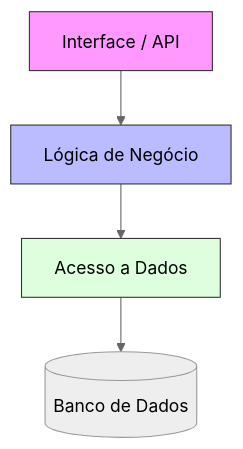
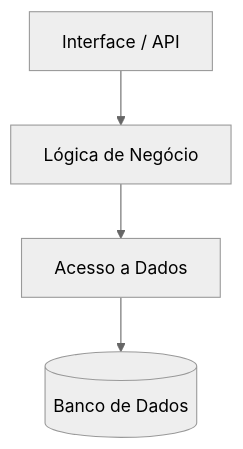
One commit to MaicomMRampi/software-architecture-handbook changed the first of 4 diagrams in Arquiteto de Software/01 Fundamentos em arquitetura de software/05 Estilo arquitetural monolitico.md. Above: the diagram before and after it, drawn with Mermaid (neutral theme). The commit also changed other lines of this file and 43 other files, not shown here.

````diff
--- a/Arquiteto de Software/01 Fundamentos em arquitetura de software/05 Estilo arquitetural monolitico.md
+++ b/Arquiteto de Software/01 Fundamentos em arquitetura de software/05 Estilo arquitetural monolitico.md
@@ -8,10 +13,6 @@
 ```mermaid
 graph TD
     A[Interface / API] --> B[Lógica de Negócio]
     B --> C[Acesso a Dados]
     C --> D[(Banco de Dados)]
-    style A fill:#f9f,stroke:#333
-    style B fill:#bbf,stroke:#333
-    style C fill:#dfd,stroke:#333
-
 ```
````
